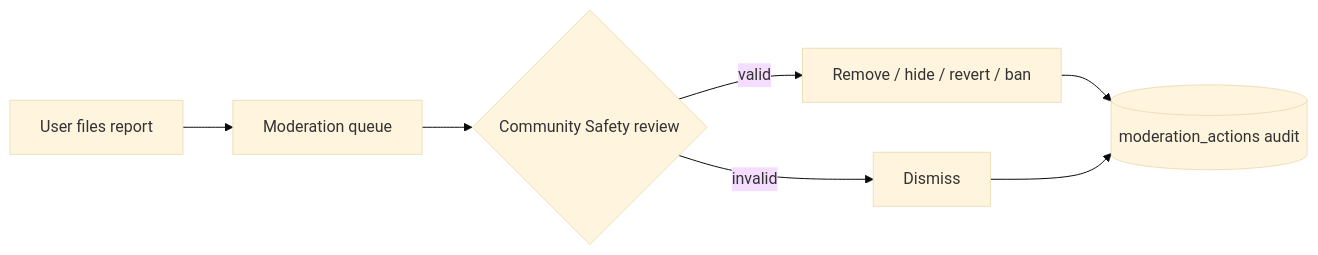
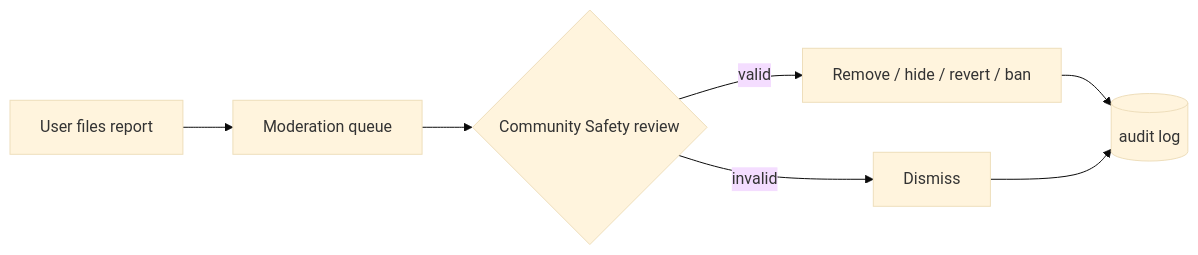
Before and after one commit to jimacampos/laferiacr: the second of 2 diagrams in docs/architecture/moderation-trust.md, drawn with Mermaid (base theme). The commit also changed other lines of this file and 52 other files, not shown here.

````diff
--- a/docs/architecture/moderation-trust.md
+++ b/docs/architecture/moderation-trust.md
@@ -44,9 +47,9 @@
 ```mermaid
 flowchart LR
   R[User files report] --> Q[Moderation queue]
   Q --> CS{Community Safety review}
   CS -->|valid| ACT[Remove / hide / revert / ban]
   CS -->|invalid| DIS[Dismiss]
-  ACT --> AUD[(moderation_actions audit)]
+  ACT --> AUD[(audit log)]
   DIS --> AUD
 ```
````
